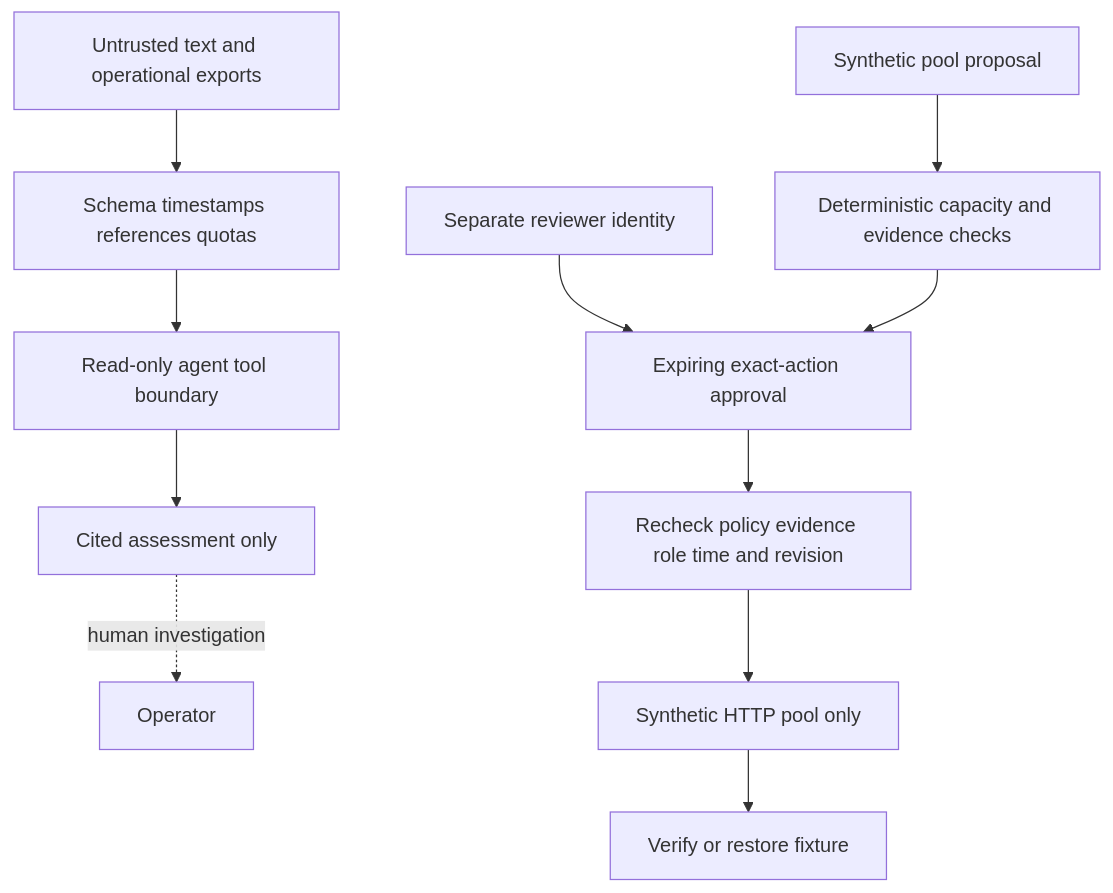
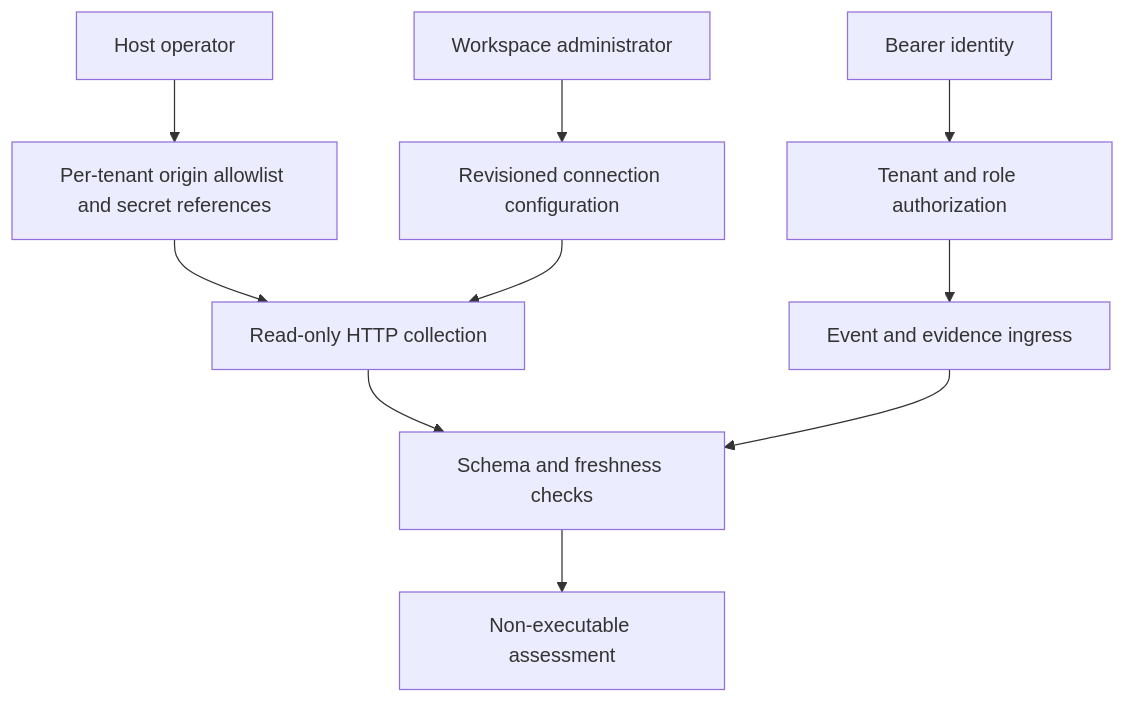
One commit to anil7000/changeguard changed the fourth of 6 diagrams in README.md. Above: the diagram before and after it, drawn with Mermaid. The commit also changed other lines of this file and 39 other files, not shown here.

Commit message:
feat: add autonomous evidence collection and environment integrations

````diff
--- a/README.md
+++ b/README.md
@@ -111,13 +93,12 @@
 ```mermaid
 flowchart TB
-  Source[Untrusted text and operational exports] --> Validation[Schema timestamps references quotas]
-  Validation --> ReadOnly[Read-only agent tool boundary]
-  ReadOnly --> Report[Cited assessment only]
-  Report -. human investigation .-> Operator[Operator]
-  Lab[Synthetic pool proposal] --> Policy[Deterministic capacity and evidence checks]
-  Reviewer[Separate reviewer identity] --> Approval[Expiring exact-action approval]
-  Policy --> Approval
-  Approval --> Preflight[Recheck policy evidence role time and revision]
-  Preflight --> Fixture[Synthetic HTTP pool only]
-  Fixture --> Verify[Verify or restore fixture]
+  Host[Host operator] --> Trust[Per-tenant origin allowlist and secret references]
+  Admin[Workspace administrator] --> Config[Revisioned connection configuration]
+  Trust --> Collector[Read-only HTTP collection]
+  Config --> Collector
+  Identity[Bearer identity] --> Tenant[Tenant and role authorization]
+  Tenant --> Ingress[Event and evidence ingress]
+  Collector --> Validation[Schema and freshness checks]
+  Ingress --> Validation
+  Validation --> Assessment[Non-executable assessment]
 ```
````
